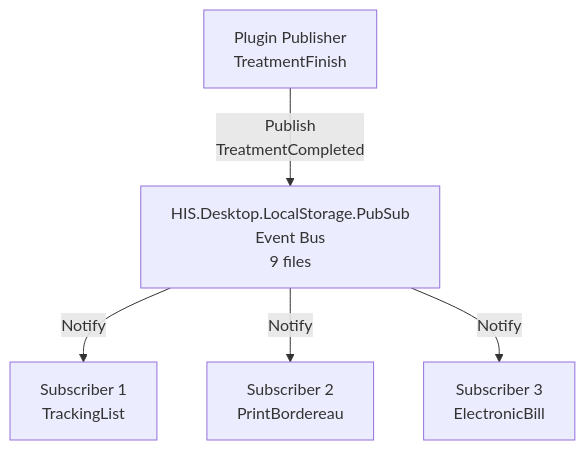
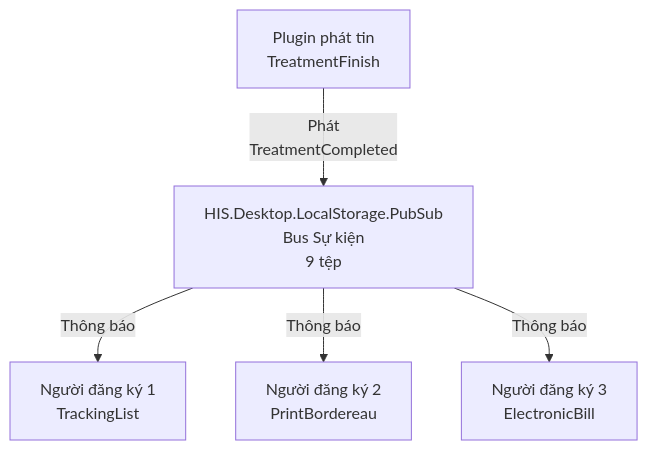
Before and after one commit to thangpnb/HIS: the third of 9 diagrams in docs/his-ba-documentation/02-modules/his-desktop/business-plugins.md, drawn with Mermaid. The commit also changed other lines of this file and 30 other files, not shown here.

Commit message:
Refactor architecture docs and update translations

````diff
--- a/docs/his-ba-documentation/02-modules/his-desktop/business-plugins.md
+++ b/docs/his-ba-documentation/02-modules/his-desktop/business-plugins.md
@@ -412,13 +427,13 @@
 ```mermaid
 graph TB
-    Publisher["Plugin Publisher<br/>TreatmentFinish"]
-    PubSub["HIS.Desktop.LocalStorage.PubSub<br/>Event Bus<br/>9 files"]
-    Sub1["Subscriber 1<br/>TrackingList"]
-    Sub2["Subscriber 2<br/>PrintBordereau"]
-    Sub3["Subscriber 3<br/>ElectronicBill"]
+    Publisher["Plugin phát tin<br/>TreatmentFinish"]
+    PubSub["HIS.Desktop.LocalStorage.PubSub<br/>Bus Sự kiện<br/>9 tệp"]
+    Sub1["Người đăng ký 1<br/>TrackingList"]
+    Sub2["Người đăng ký 2<br/>PrintBordereau"]
+    Sub3["Người đăng ký 3<br/>ElectronicBill"]
     
-    Publisher -->|"Publish<br/>TreatmentCompleted"| PubSub
-    PubSub -->|"Notify"| Sub1
-    PubSub -->|"Notify"| Sub2
-    PubSub -->|"Notify"| Sub3
+    Publisher -->|"Phát<br/>TreatmentCompleted"| PubSub
+    PubSub -->|"Thông báo"| Sub1
+    PubSub -->|"Thông báo"| Sub2
+    PubSub -->|"Thông báo"| Sub3
 ```
````
